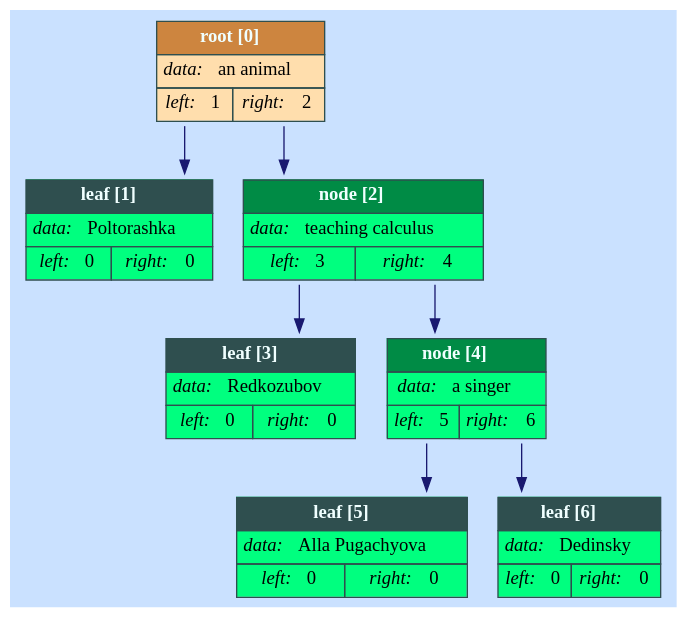
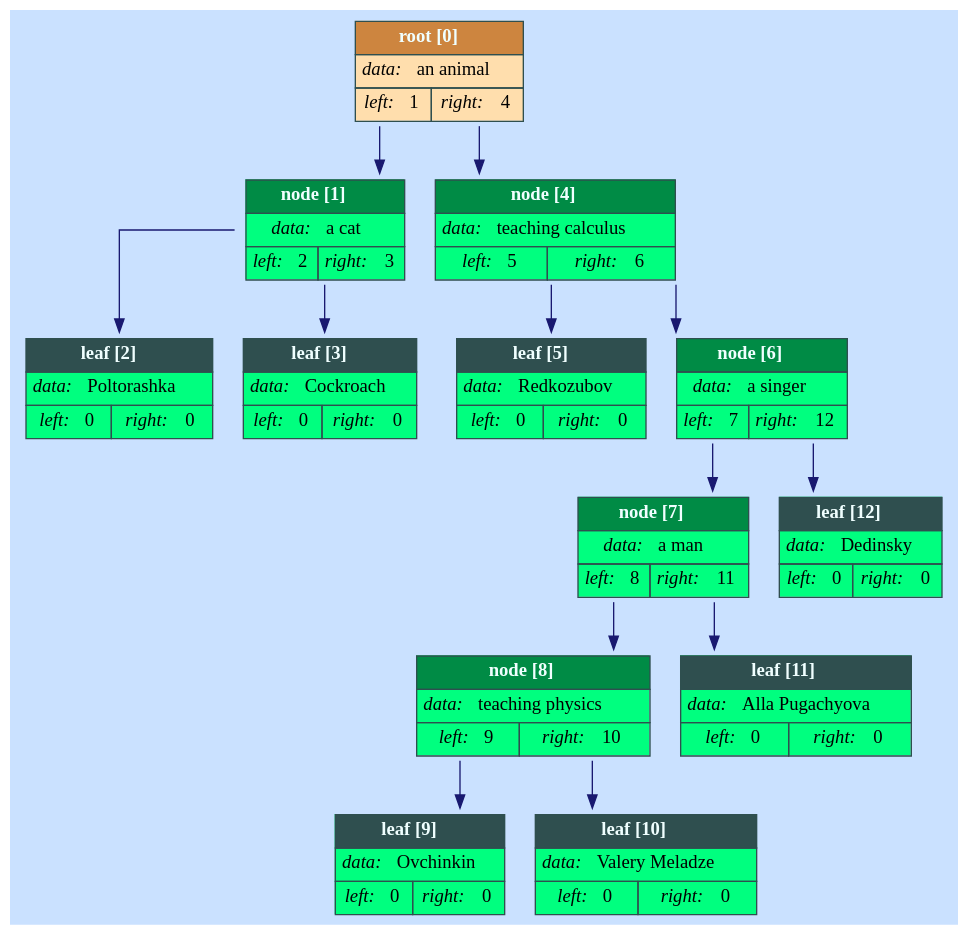
Before and after one commit to MeerkatBoss/akinator: the diagram in tmp.dot, drawn with Graphviz. The commit also changed 4 other files, not shown here.

```diff
--- a/tmp.dot
+++ b/tmp.dot
@@ -1,50 +1,86 @@
 digraph G{
 layout=dot
 rankdir=TD
 splines=ortho
 nodesep=0.1
 overlap=voronoi
 bgcolor=lightsteelblue1
 node [shape=plaintext color=darkslategray]
 node0 [label=<<TABLE BORDER="0" CELLBORDER="1" CELLSPACING="0" CELLPADDING="4" BGCOLOR="navajowhite">
 <TR><TD ALIGN="CENTER" COLSPAN="2" BGCOLOR="peru"><FONT COLOR="azure"><B>root [0]</B></FONT></TD></TR>
 <TR><TD COLSPAN="2"><I>data: </I> an animal</TD></TR>
-<TR><TD><I>left: </I>1</TD><TD><I>right: </I>2</TD></TR>
+<TR><TD><I>left: </I>1</TD><TD><I>right: </I>4</TD></TR>
 </TABLE>>]
 node1 [label=<<TABLE BORDER="0" CELLBORDER="1" CELLSPACING="0" CELLPADDING="4" BGCOLOR="springgreen">
-<TR><TD ALIGN="CENTER" COLSPAN="2" BGCOLOR="darkslategrey"><FONT COLOR="azure"><B>leaf [1]</B></FONT></TD></TR>
+<TR><TD ALIGN="CENTER" COLSPAN="2" BGCOLOR="springgreen4"><FONT COLOR="azure"><B>node [1]</B></FONT></TD></TR>
+<TR><TD COLSPAN="2"><I>data: </I> a cat</TD></TR>
+<TR><TD><I>left: </I>2</TD><TD><I>right: </I>3</TD></TR>
+</TABLE>>]
+node2 [label=<<TABLE BORDER="0" CELLBORDER="1" CELLSPACING="0" CELLPADDING="4" BGCOLOR="springgreen">
+<TR><TD ALIGN="CENTER" COLSPAN="2" BGCOLOR="darkslategrey"><FONT COLOR="azure"><B>leaf [2]</B></FONT></TD></TR>
 <TR><TD COLSPAN="2"><I>data: </I> Poltorashka</TD></TR>
 <TR><TD><I>left: </I>0</TD><TD><I>right: </I>0</TD></TR>
 </TABLE>>]
-node2 [label=<<TABLE BORDER="0" CELLBORDER="1" CELLSPACING="0" CELLPADDING="4" BGCOLOR="springgreen">
-<TR><TD ALIGN="CENTER" COLSPAN="2" BGCOLOR="springgreen4"><FONT COLOR="azure"><B>node [2]</B></FONT></TD></TR>
-<TR><TD COLSPAN="2"><I>data: </I> teaching calculus</TD></TR>
-<TR><TD><I>left: </I>3</TD><TD><I>right: </I>4</TD></TR>
-</TABLE>>]
 node3 [label=<<TABLE BORDER="0" CELLBORDER="1" CELLSPACING="0" CELLPADDING="4" BGCOLOR="springgreen">
 <TR><TD ALIGN="CENTER" COLSPAN="2" BGCOLOR="darkslategrey"><FONT COLOR="azure"><B>leaf [3]</B></FONT></TD></TR>
-<TR><TD COLSPAN="2"><I>data: </I> Redkozubov</TD></TR>
+<TR><TD COLSPAN="2"><I>data: </I> Cockroach</TD></TR>
 <TR><TD><I>left: </I>0</TD><TD><I>right: </I>0</TD></TR>
 </TABLE>>]
 node4 [label=<<TABLE BORDER="0" CELLBORDER="1" CELLSPACING="0" CELLPADDING="4" BGCOLOR="springgreen">
 <TR><TD ALIGN="CENTER" COLSPAN="2" BGCOLOR="springgreen4"><FONT COLOR="azure"><B>node [4]</B></FONT></TD></TR>
-<TR><TD COLSPAN="2"><I>data: </I> a singer</TD></TR>
+<TR><TD COLSPAN="2"><I>data: </I> teaching calculus</TD></TR>
 <TR><TD><I>left: </I>5</TD><TD><I>right: </I>6</TD></TR>
 </TABLE>>]
 node5 [label=<<TABLE BORDER="0" CELLBORDER="1" CELLSPACING="0" CELLPADDING="4" BGCOLOR="springgreen">
 <TR><TD ALIGN="CENTER" COLSPAN="2" BGCOLOR="darkslategrey"><FONT COLOR="azure"><B>leaf [5]</B></FONT></TD></TR>
+<TR><TD COLSPAN="2"><I>data: </I> Redkozubov</TD></TR>
+<TR><TD><I>left: </I>0</TD><TD><I>right: </I>0</TD></TR>
+</TABLE>>]
+node6 [label=<<TABLE BORDER="0" CELLBORDER="1" CELLSPACING="0" CELLPADDING="4" BGCOLOR="springgreen">
+<TR><TD ALIGN="CENTER" COLSPAN="2" BGCOLOR="springgreen4"><FONT COLOR="azure"><B>node [6]</B></FONT></TD></TR>
+<TR><TD COLSPAN="2"><I>data: </I> a singer</TD></TR>
+<TR><TD><I>left: </I>7</TD><TD><I>right: </I>12</TD></TR>
+</TABLE>>]
+node7 [label=<<TABLE BORDER="0" CELLBORDER="1" CELLSPACING="0" CELLPADDING="4" BGCOLOR="springgreen">
+<TR><TD ALIGN="CENTER" COLSPAN="2" BGCOLOR="springgreen4"><FONT COLOR="azure"><B>node [7]</B></FONT></TD></TR>
+<TR><TD COLSPAN="2"><I>data: </I> a man</TD></TR>
+<TR><TD><I>left: </I>8</TD><TD><I>right: </I>11</TD></TR>
+</TABLE>>]
+node8 [label=<<TABLE BORDER="0" CELLBORDER="1" CELLSPACING="0" CELLPADDING="4" BGCOLOR="springgreen">
+<TR><TD ALIGN="CENTER" COLSPAN="2" BGCOLOR="springgreen4"><FONT COLOR="azure"><B>node [8]</B></FONT></TD></TR>
+<TR><TD COLSPAN="2"><I>data: </I> teaching physics</TD></TR>
+<TR><TD><I>left: </I>9</TD><TD><I>right: </I>10</TD></TR>
+</TABLE>>]
+node9 [label=<<TABLE BORDER="0" CELLBORDER="1" CELLSPACING="0" CELLPADDING="4" BGCOLOR="springgreen">
+<TR><TD ALIGN="CENTER" COLSPAN="2" BGCOLOR="darkslategrey"><FONT COLOR="azure"><B>leaf [9]</B></FONT></TD></TR>
+<TR><TD COLSPAN="2"><I>data: </I> Ovchinkin</TD></TR>
+<TR><TD><I>left: </I>0</TD><TD><I>right: </I>0</TD></TR>
+</TABLE>>]
+node10 [label=<<TABLE BORDER="0" CELLBORDER="1" CELLSPACING="0" CELLPADDING="4" BGCOLOR="springgreen">
+<TR><TD ALIGN="CENTER" COLSPAN="2" BGCOLOR="darkslategrey"><FONT COLOR="azure"><B>leaf [10]</B></FONT></TD></TR>
+<TR><TD COLSPAN="2"><I>data: </I> Valery Meladze</TD></TR>
+<TR><TD><I>left: </I>0</TD><TD><I>right: </I>0</TD></TR>
+</TABLE>>]
+node11 [label=<<TABLE BORDER="0" CELLBORDER="1" CELLSPACING="0" CELLPADDING="4" BGCOLOR="springgreen">
+<TR><TD ALIGN="CENTER" COLSPAN="2" BGCOLOR="darkslategrey"><FONT COLOR="azure"><B>leaf [11]</B></FONT></TD></TR>
 <TR><TD COLSPAN="2"><I>data: </I> Alla Pugachyova</TD></TR>
 <TR><TD><I>left: </I>0</TD><TD><I>right: </I>0</TD></TR>
 </TABLE>>]
-node6 [label=<<TABLE BORDER="0" CELLBORDER="1" CELLSPACING="0" CELLPADDING="4" BGCOLOR="springgreen">
-<TR><TD ALIGN="CENTER" COLSPAN="2" BGCOLOR="darkslategrey"><FONT COLOR="azure"><B>leaf [6]</B></FONT></TD></TR>
+node12 [label=<<TABLE BORDER="0" CELLBORDER="1" CELLSPACING="0" CELLPADDING="4" BGCOLOR="springgreen">
+<TR><TD ALIGN="CENTER" COLSPAN="2" BGCOLOR="darkslategrey"><FONT COLOR="azure"><B>leaf [12]</B></FONT></TD></TR>
 <TR><TD COLSPAN="2"><I>data: </I> Dedinsky</TD></TR>
 <TR><TD><I>left: </I>0</TD><TD><I>right: </I>0</TD></TR>
 </TABLE>>]
 node0->node1 [color=midnightblue]
-node0->node2 [color=midnightblue]
-node2->node3 [color=midnightblue]
-node2->node4 [color=midnightblue]
+node0->node4 [color=midnightblue]
+node1->node2 [color=midnightblue]
+node1->node3 [color=midnightblue]
 node4->node5 [color=midnightblue]
 node4->node6 [color=midnightblue]
+node6->node7 [color=midnightblue]
+node6->node12 [color=midnightblue]
+node7->node8 [color=midnightblue]
+node7->node11 [color=midnightblue]
+node8->node9 [color=midnightblue]
+node8->node10 [color=midnightblue]
 }
```
